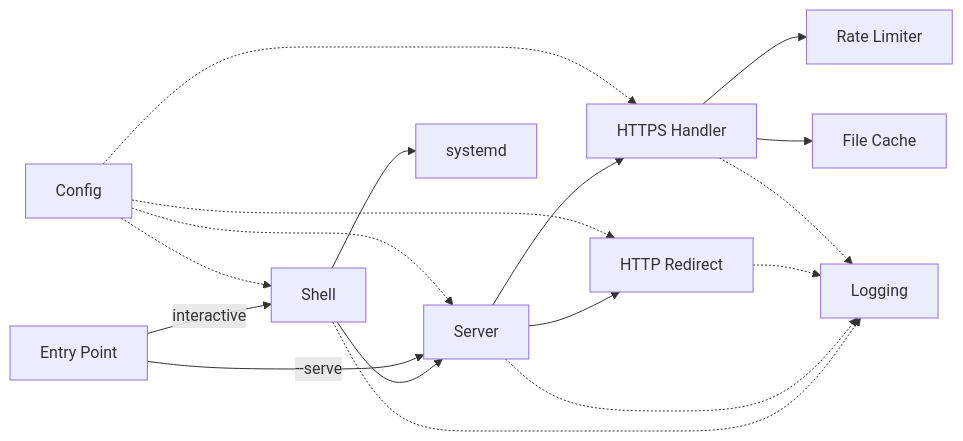
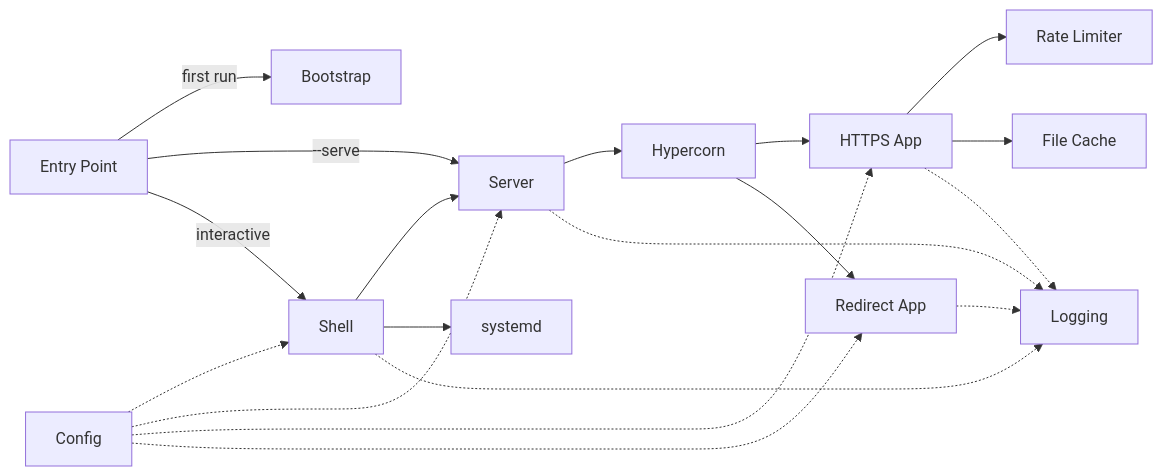
The diagram in ARCHITECTURE.md (andy-emerson/Servette), drawn with Mermaid before and after one commit. The commit also changed other lines of this file and 2 other files, not shown here.

First line of the commit message:
Docs: update for Hypercorn/directory-serving architecture

````diff
--- a/ARCHITECTURE.md
+++ b/ARCHITECTURE.md
@@ -25,36 +25,40 @@
 ```mermaid
 graph LR
     CFG[Config]
 
     EP[Entry Point]
+    BS[Bootstrap]
     SH[Shell]
     SV[Server]
     SD[systemd]
-    HTTPS[HTTPS Handler]
-    HTTP[HTTP Redirect]
+    HYP[Hypercorn]
+    HTTPS[HTTPS App]
+    HTTP[Redirect App]
     RL[Rate Limiter]
     FC[File Cache]
 
     LOG[Logging]
 
     CFG -.-> SH
     CFG -.-> SV
     CFG -.-> HTTPS
     CFG -.-> HTTP
 
+    EP -->|first run| BS
     EP -->|--serve| SV
     EP -->|interactive| SH
     SH --> SV
     SH --> SD
 
-    SV --> HTTPS
-    SV --> HTTP
+    SV --> HYP
+    HYP --> HTTPS
+    HYP --> HTTP
 
     HTTPS --> RL
     HTTPS --> FC
 
     HTTPS -.-> LOG
     HTTP -.-> LOG
     SV -.-> LOG
     SH -.-> LOG
 ```
````
